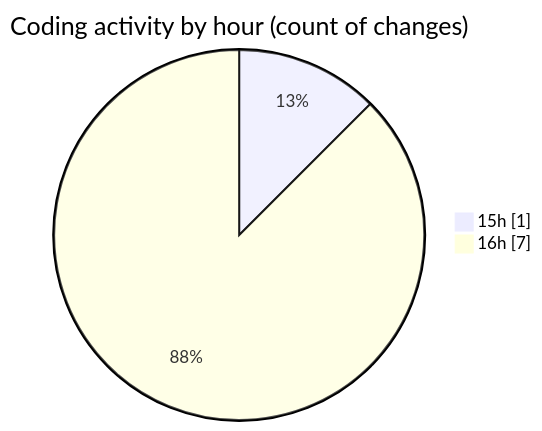
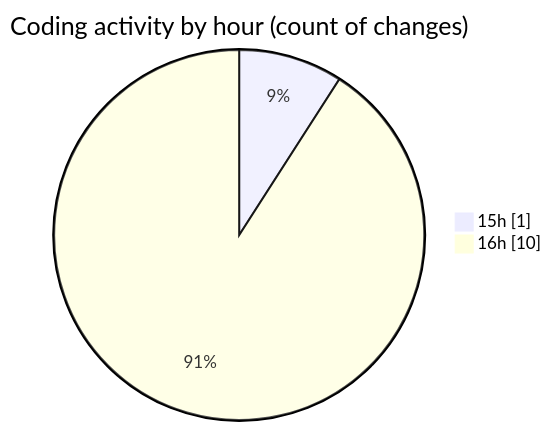
Before and after one commit to debugP/code-tracking: the second of 2 diagrams in 2025-10-14/untitled__workspace_/README.md, drawn with Mermaid. The commit also changed other lines of this file and 1 other file, not shown here.

````diff
--- a/2025-10-14/untitled__workspace_/README.md
+++ b/2025-10-14/untitled__workspace_/README.md
@@ -28,6 +28,6 @@
 ```mermaid
 pie showData
 title Coding activity by hour (count of changes)
 "15h" : 1
-"16h" : 7
+"16h" : 10
 ```
````
